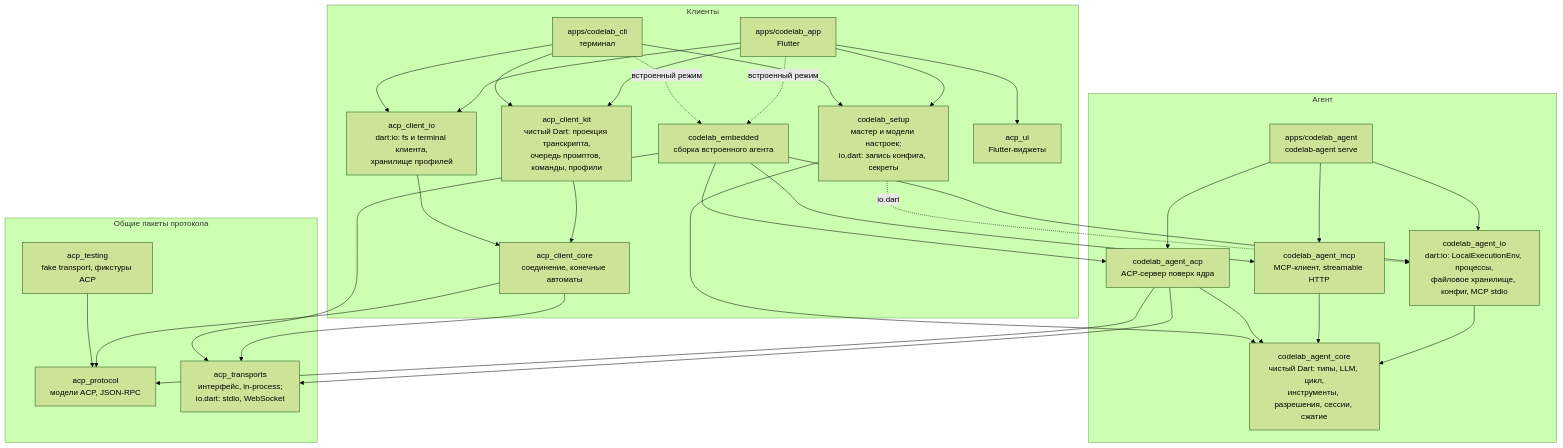
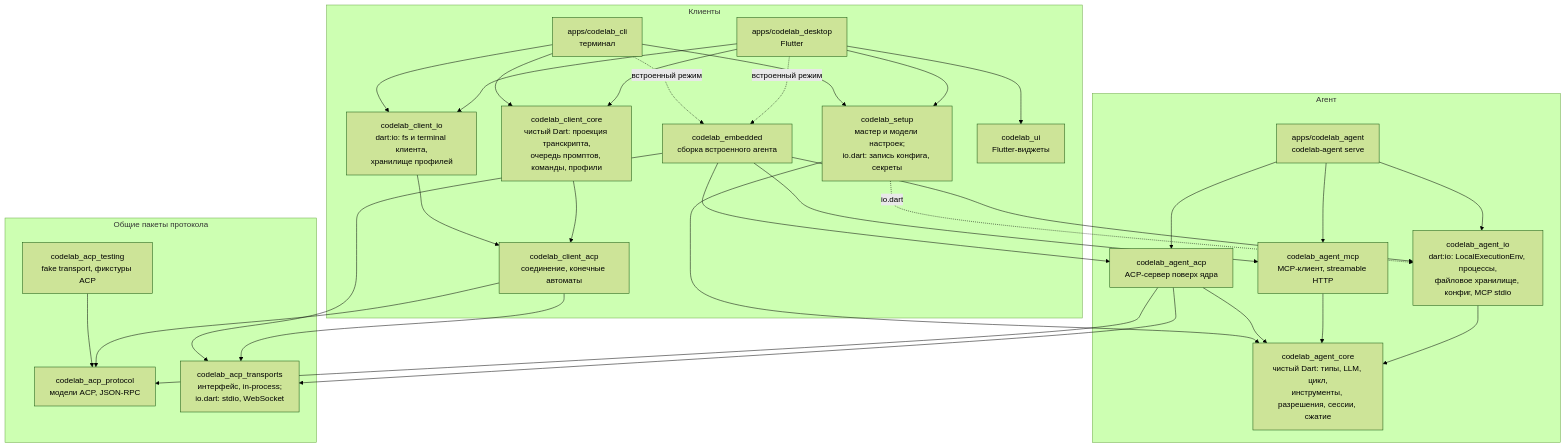
The first of 2 diagrams in docs/architecture/proposals/dart-agent-and-clients/04-target-architecture.md (pese-git/codelab-app), drawn with Mermaid (forest theme) before and after one commit. The commit also changed other lines of this file and 608 other files, not shown here.

First line of the commit message:
refactor: переименовать пакеты по схеме codelab_<сторона>_<слой> (ADR-0002)

````diff
--- a/docs/architecture/proposals/dart-agent-and-clients/04-target-architecture.md
+++ b/docs/architecture/proposals/dart-agent-and-clients/04-target-architecture.md
@@ -49,56 +49,56 @@
 ```mermaid
 flowchart TB
     subgraph Shared["Общие пакеты протокола"]
-        P["acp_protocol<br/>модели ACP, JSON-RPC"]
-        T["acp_transports<br/>интерфейс, in-process;<br/>io.dart: stdio, WebSocket"]
-        TS["acp_testing<br/>fake transport, фикстуры ACP"]
+        P["codelab_acp_protocol<br/>модели ACP, JSON-RPC"]
+        T["codelab_acp_transports<br/>интерфейс, in-process;<br/>io.dart: stdio, WebSocket"]
+        TS["codelab_acp_testing<br/>fake transport, фикстуры ACP"]
     end
 
     subgraph AgentPkgs["Агент"]
         CORE["codelab_agent_core<br/>чистый Dart: типы, LLM, цикл,<br/>инструменты, разрешения, сессии, сжатие"]
         IO["codelab_agent_io<br/>dart:io: LocalExecutionEnv, процессы,<br/>файловое хранилище, конфиг, MCP stdio"]
         MCP["codelab_agent_mcp<br/>MCP-клиент, streamable HTTP"]
         ACP["codelab_agent_acp<br/>ACP-сервер поверх ядра"]
         AG["apps/codelab_agent<br/>codelab-agent serve"]
     end
 
     subgraph ClientPkgs["Клиенты"]
-        CC["acp_client_core<br/>соединение, конечные автоматы"]
-        KIT["acp_client_kit<br/>чистый Dart: проекция транскрипта,<br/>очередь промптов, команды, профили"]
-        CIO["acp_client_io<br/>dart:io: fs и terminal клиента,<br/>хранилище профилей"]
+        CC["codelab_client_acp<br/>соединение, конечные автоматы"]
+        KIT["codelab_client_core<br/>чистый Dart: проекция транскрипта,<br/>очередь промптов, команды, профили"]
+        CIO["codelab_client_io<br/>dart:io: fs и terminal клиента,<br/>хранилище профилей"]
         EMB["codelab_embedded<br/>сборка встроенного агента"]
         SET["codelab_setup<br/>мастер и модели настроек;<br/>io.dart: запись конфига, секреты"]
-        UI["acp_ui<br/>Flutter-виджеты"]
-        APP["apps/codelab_app<br/>Flutter"]
+        UI["codelab_ui<br/>Flutter-виджеты"]
+        APP["apps/codelab_desktop<br/>Flutter"]
         CLI["apps/codelab_cli<br/>терминал"]
     end
 
     IO --> CORE
     MCP --> CORE
     ACP --> CORE
     ACP --> P
     ACP --> T
     AG --> ACP
     AG --> IO
     AG --> MCP
     CC --> P
     CC --> T
     KIT --> CC
     CIO --> CC
     EMB --> ACP
     EMB --> IO
     EMB --> MCP
     EMB --> T
     SET --> CORE
     SET -. "io.dart" .-> IO
     APP --> KIT
     APP --> CIO
     APP --> UI
     APP -. "встроенный режим" .-> EMB
     APP --> SET
     CLI --> KIT
     CLI --> CIO
     CLI -. "встроенный режим" .-> EMB
     CLI --> SET
     TS --> P
 ```
````
